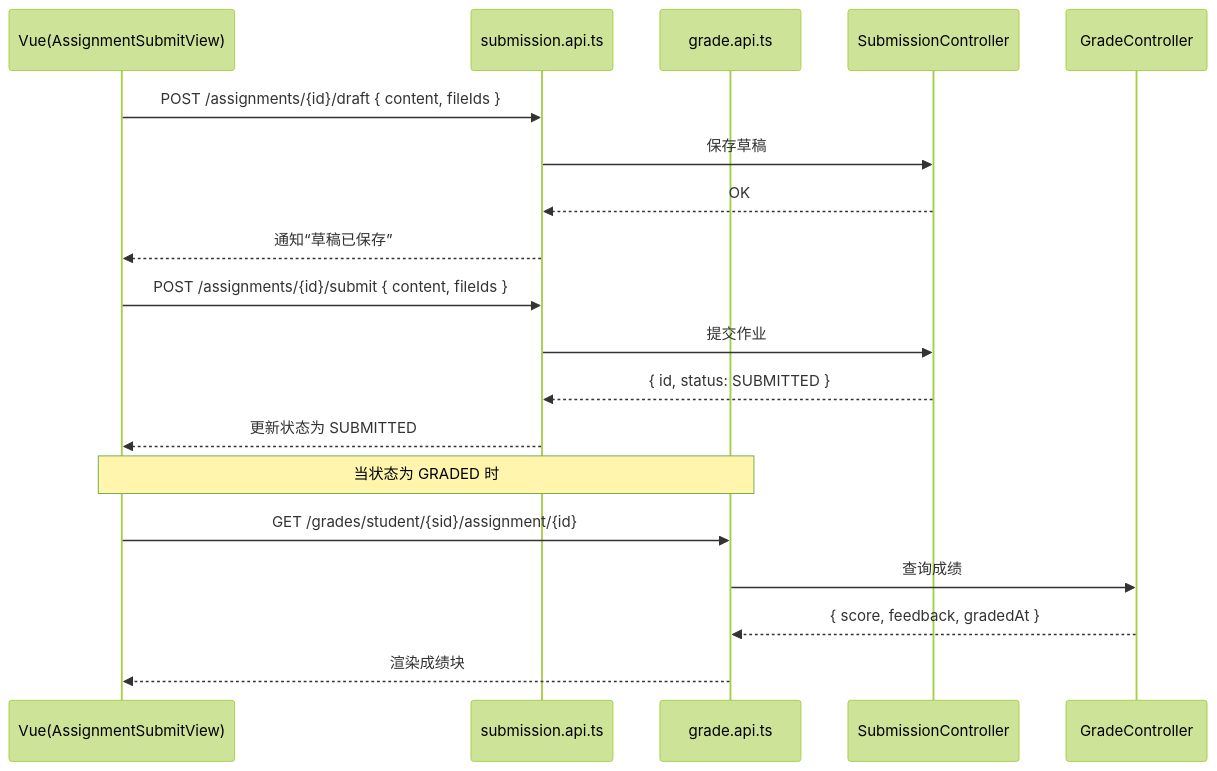
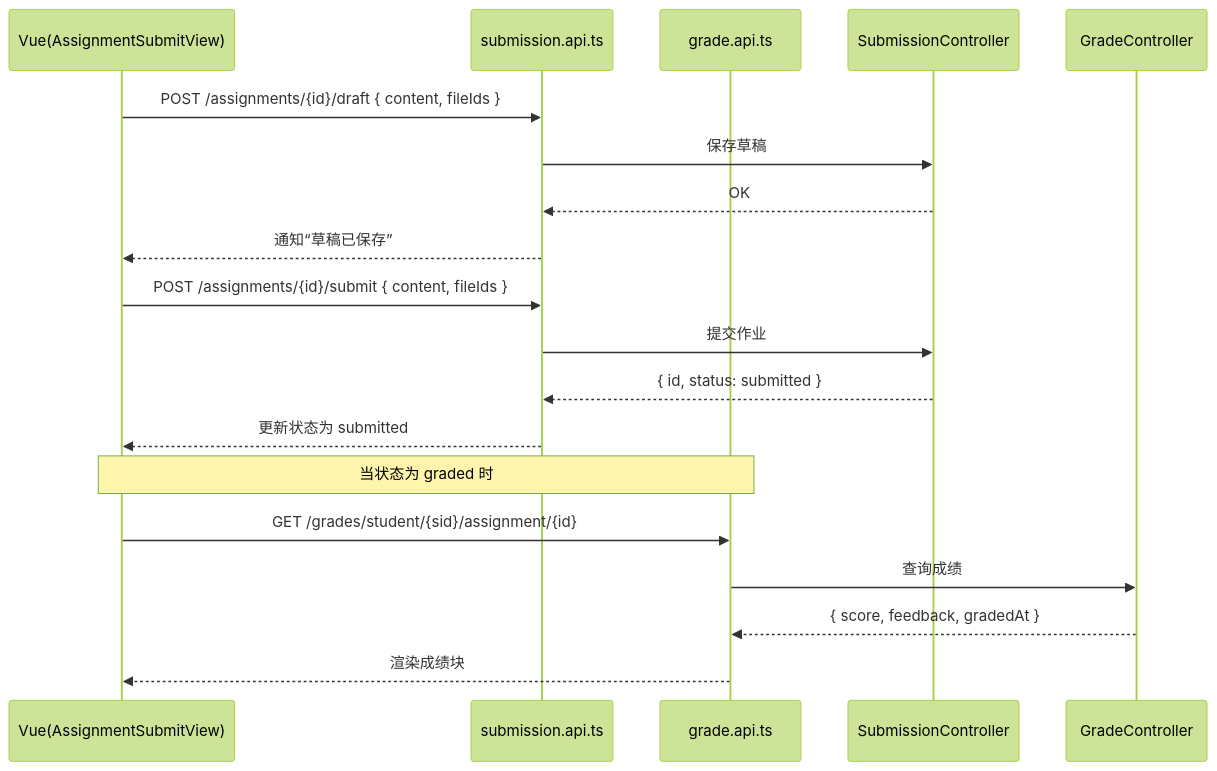
The sixth of 11 diagrams in docs/page-sequences.md (Xiaorui-Zhang537/student-core-competency-cultivation-assessment-system), drawn with Mermaid (forest theme) before and after one commit. The commit also changed 24 other files, not shown here.

````diff
--- a/docs/page-sequences.md
+++ b/docs/page-sequences.md
@@ -136,24 +136,24 @@
 ```mermaid
 sequenceDiagram
   participant V as Vue(AssignmentSubmitView)
   participant SA as submission.api.ts
   participant GA as grade.api.ts
   participant SC as SubmissionController
   participant GC as GradeController
 
   V->>SA: POST /assignments/{id}/draft { content, fileIds }
   SA->>SC: 保存草稿
   SC-->>SA: OK
   SA-->>V: 通知“草稿已保存”
 
   V->>SA: POST /assignments/{id}/submit { content, fileIds }
   SA->>SC: 提交作业
-  SC-->>SA: { id, status: SUBMITTED }
-  SA-->>V: 更新状态为 SUBMITTED
+  SC-->>SA: { id, status: submitted }
+  SA-->>V: 更新状态为 submitted
 
-  Note over V,GA: 当状态为 GRADED 时
+  Note over V,GA: 当状态为 graded 时
   V->>GA: GET /grades/student/{sid}/assignment/{id}
   GA->>GC: 查询成绩
   GC-->>GA: { score, feedback, gradedAt }
   GA-->>V: 渲染成绩块
 ```
````
